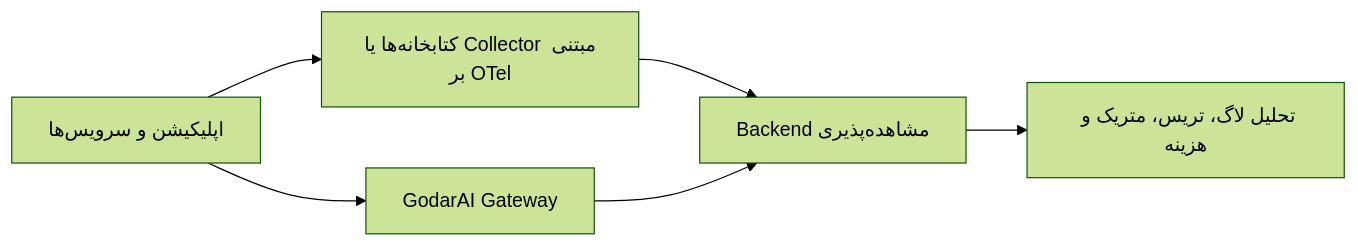
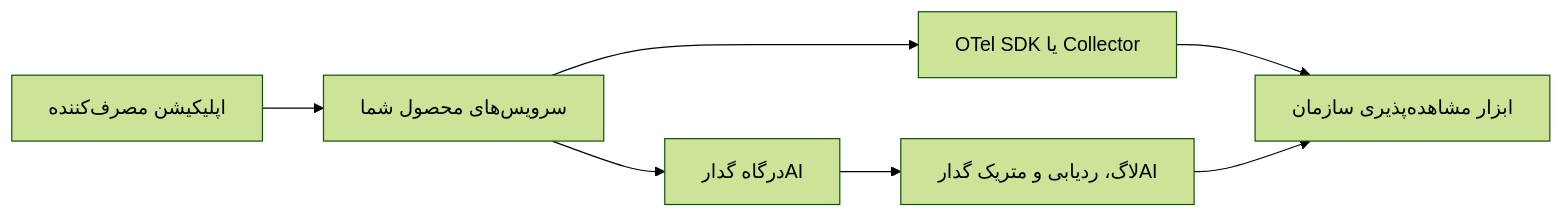
One commit to godarai-ir/Shahrah changed the diagram in apps/docs/docs/observability-opentelemetry.mdx. Above: the diagram before and after it, drawn with Mermaid (forest theme). The commit also changed other lines of this file and 25 other files, not shown here.

````diff
--- a/apps/docs/docs/observability-opentelemetry.mdx
+++ b/apps/docs/docs/observability-opentelemetry.mdx
@@ -48,8 +48,9 @@
 ```mermaid
 graph LR
-    A["اپلیکیشن و سرویس‌ها"] --> B["کتابخانه‌ها یا Collector مبتنی بر OTel"]
-    A --> C["GodarAI Gateway"]
-    B --> D["Backend مشاهده‌پذیری"]
-    C --> D
-    D --> E["تحلیل لاگ، تریس، متریک و هزینه"]
+    A["اپلیکیشن مصرف‌کننده"] --> B["سرویس‌های محصول شما"]
+    B --> C["درگاه گدارAI"]
+    B --> D["OTel SDK یا Collector"]
+    C --> E["لاگ، ردیابی و متریک گدارAI"]
+    D --> F["ابزار مشاهده‌پذیری سازمان"]
+    E --> F
 ```
````
